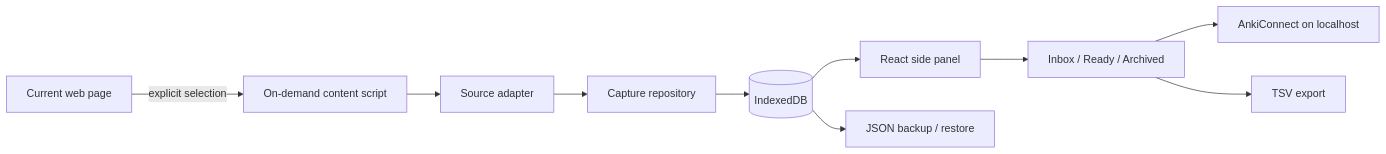
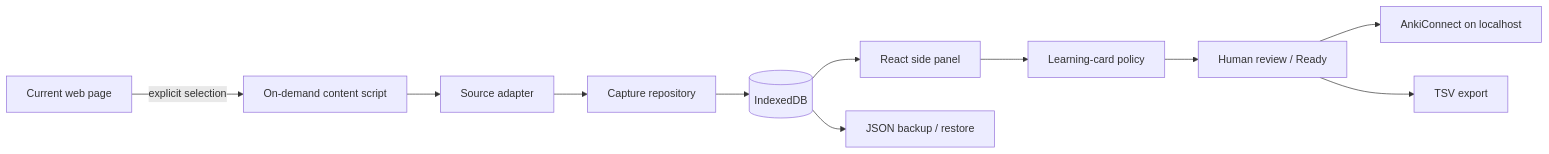
Before and after one commit to Iskanderrus/anki-cards-collector: the diagram in README.md, drawn with Mermaid. The commit also changed other lines of this file and 13 other files, not shown here.

First line of the commit message:
feat: derive reviewed learning-card proposals

````diff
--- a/README.md
+++ b/README.md
@@ -52,12 +54,13 @@
 ```mermaid
 flowchart LR
     Page[Current web page] -->|explicit selection| Injected[On-demand content script]
     Injected --> Adapter[Source adapter]
     Adapter --> Repo[Capture repository]
     Repo --> DB[(IndexedDB)]
     DB --> Panel[React side panel]
-    Panel --> Review[Inbox / Ready / Archived]
+    Panel --> Policy[Learning-card policy]
+    Policy --> Review[Human review / Ready]
     Review --> Anki[AnkiConnect on localhost]
     Review --> TSV[TSV export]
     DB --> Backup[JSON backup / restore]
 ```
````
